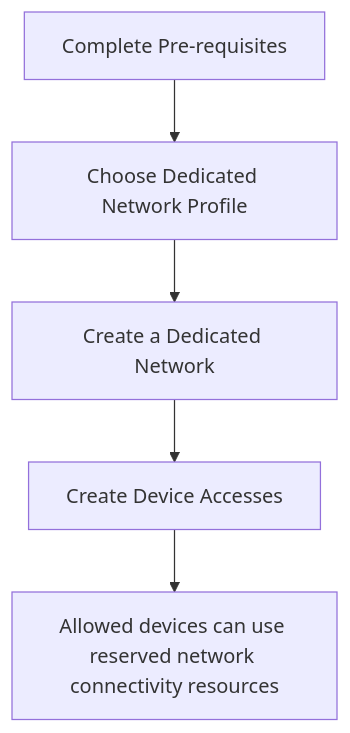
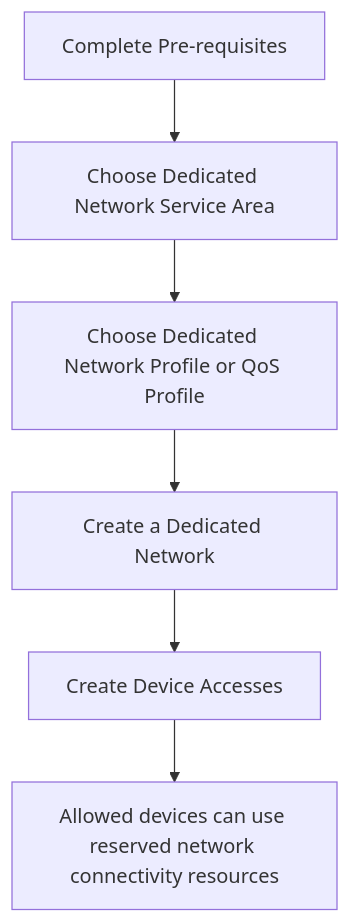
Before and after one commit to tlohmar/DedicatedNetworks: the first of 3 diagrams in documentation/API_documentation/DedicatedNetworks_GeneralDescription.md, drawn with Mermaid. The commit also changed other lines of this file and 2 other files, not shown here.

Commit message:
Allow single QoS profile in Areas API and Networks API

````diff
--- a/documentation/API_documentation/DedicatedNetworks_GeneralDescription.md
+++ b/documentation/API_documentation/DedicatedNetworks_GeneralDescription.md
@@ -59,12 +60,14 @@
 ```mermaid
     graph TD
     0[Complete Pre-requisites]
-    A[Choose Dedicated Network Profile]
+    1[Choose Dedicated Network Service Area]
+    A[Choose Dedicated Network Profile or QoS Profile]
     B[Create a Dedicated Network]
     C[Create Device Accesses]
     D[Allowed devices can use reserved network connectivity resources]
-    0 --> A
+    0 --> 1
+    1 --> A
     A --> B
     B --> C
     C --> D
 ```
````
